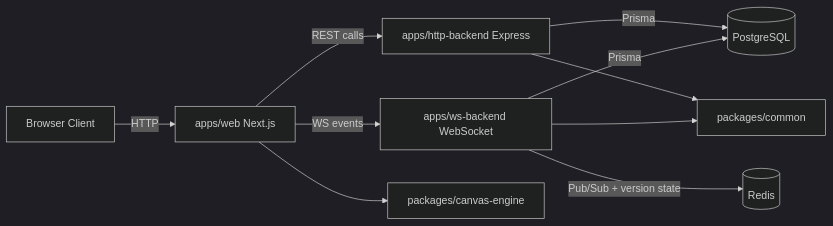
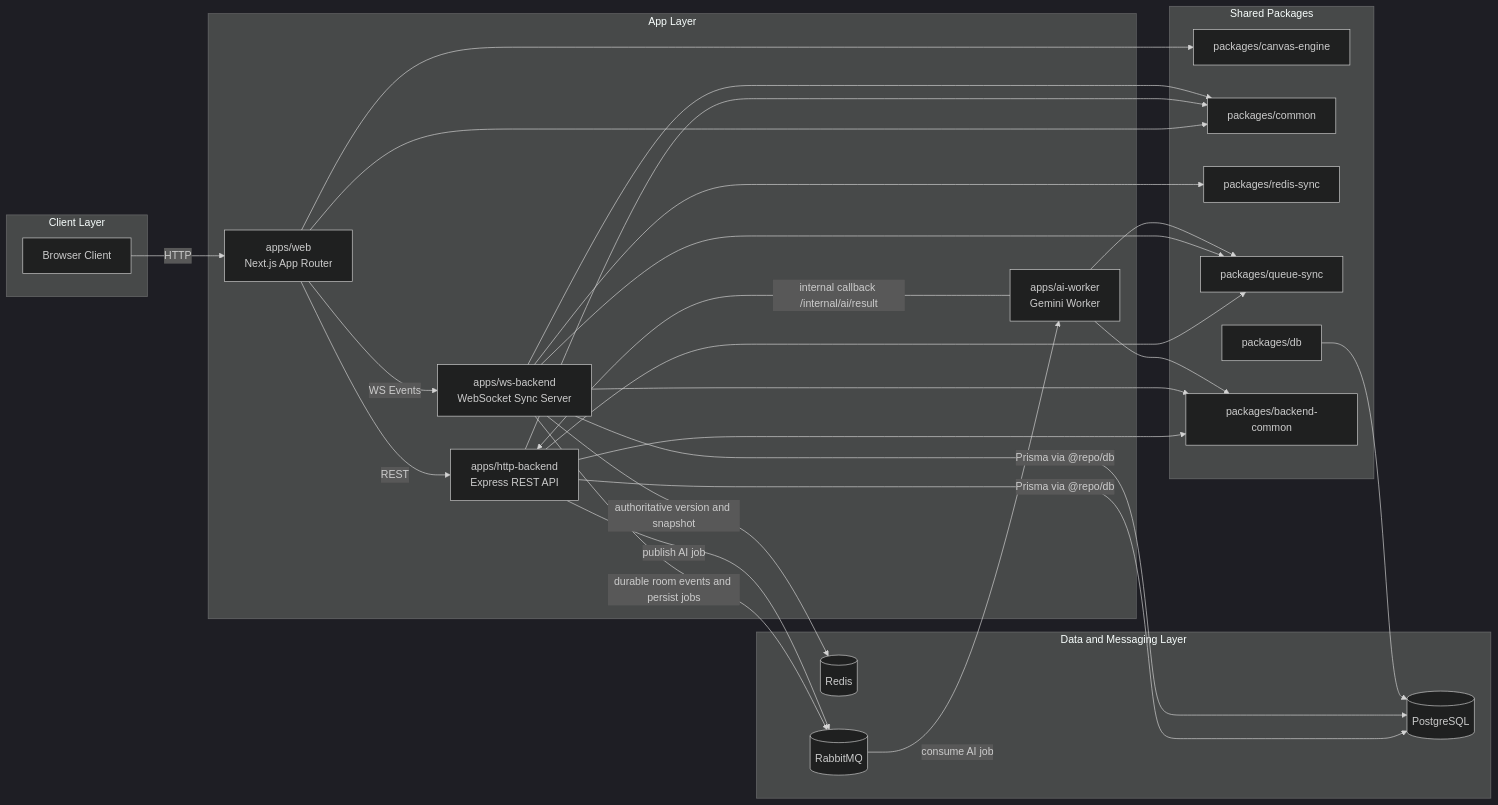
Before and after one commit to Krishna-Mehta-135/Canvas.io: the first of 3 diagrams in README.md, drawn with Mermaid (dark theme). The commit also changed other lines of this file and 6 other files, not shown here.

````diff
--- a/README.md
+++ b/README.md
@@ -34,12 +73,55 @@
 ```mermaid
 flowchart LR
-	U[Browser Client] -->|HTTP| W[apps/web Next.js]
-	W -->|REST calls| H[apps/http-backend Express]
-	W -->|WS events| S[apps/ws-backend WebSocket]
-	S -->|Pub/Sub + version state| R[(Redis)]
-	H -->|Prisma| D[(PostgreSQL)]
-	S -->|Prisma| D
-	H --> C[packages/common]
-	S --> C
-	W --> E[packages/canvas-engine]
+    subgraph Client Layer
+        B[Browser Client]
+    end
+
+    subgraph App Layer
+        WEB[apps/web\nNext.js App Router]
+        HTTP[apps/http-backend\nExpress REST API]
+        WS[apps/ws-backend\nWebSocket Sync Server]
+        AIW[apps/ai-worker\nGemini Worker]
+    end
+
+    subgraph Data and Messaging Layer
+        PG[(PostgreSQL)]
+        REDIS[(Redis)]
+        RMQ[(RabbitMQ)]
+    end
+
+    subgraph Shared Packages
+        CE[packages/canvas-engine]
+        COMMON[packages/common]
+        RS[packages/redis-sync]
+        QS[packages/queue-sync]
+        DBPKG[packages/db]
+        BC[packages/backend-common]
+    end
+
+    B -->|HTTP| WEB
+    WEB -->|REST| HTTP
+    WEB -->|WS Events| WS
+
+    HTTP -->|Prisma via @repo/db| PG
+    WS -->|Prisma via @repo/db| PG
+
+    WS -->|authoritative version and snapshot| REDIS
+    WS -->|durable room events and persist jobs| RMQ
+
+    HTTP -->|publish AI job| RMQ
+    RMQ -->|consume AI job| AIW
+    AIW -->|internal callback /internal/ai/result| HTTP
+
+    WEB --> CE
+    WEB --> COMMON
+    HTTP --> COMMON
+    WS --> COMMON
+    WS --> RS
+    HTTP --> QS
+    WS --> QS
+    AIW --> QS
+    HTTP --> BC
+    WS --> BC
+    AIW --> BC
+    DBPKG --> PG
 ```
````
